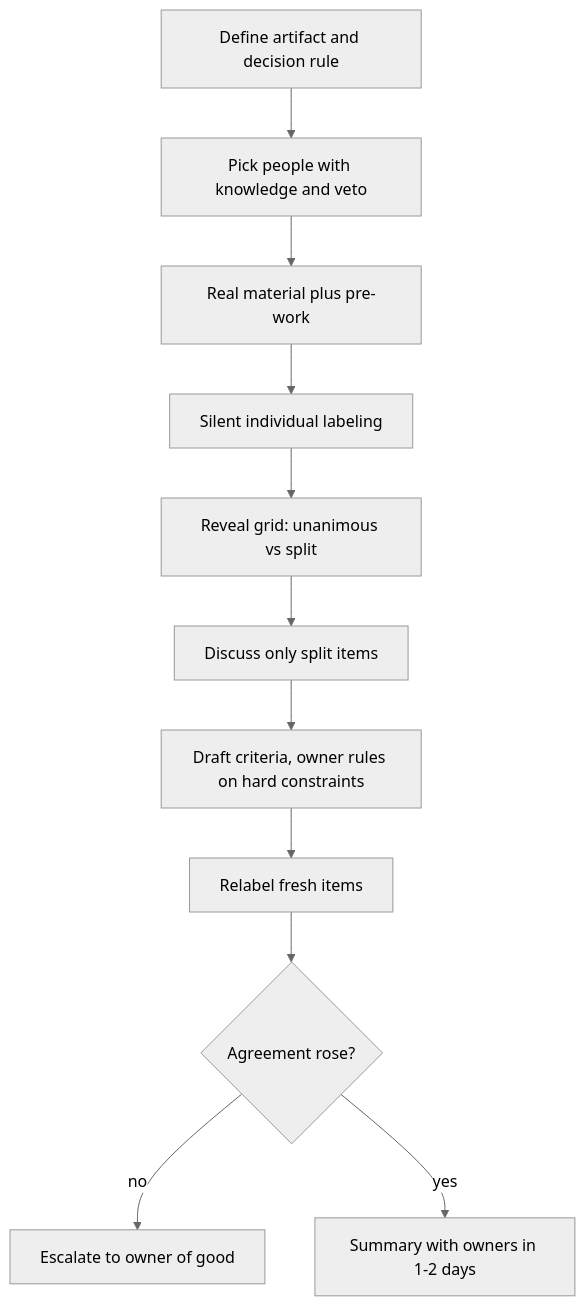
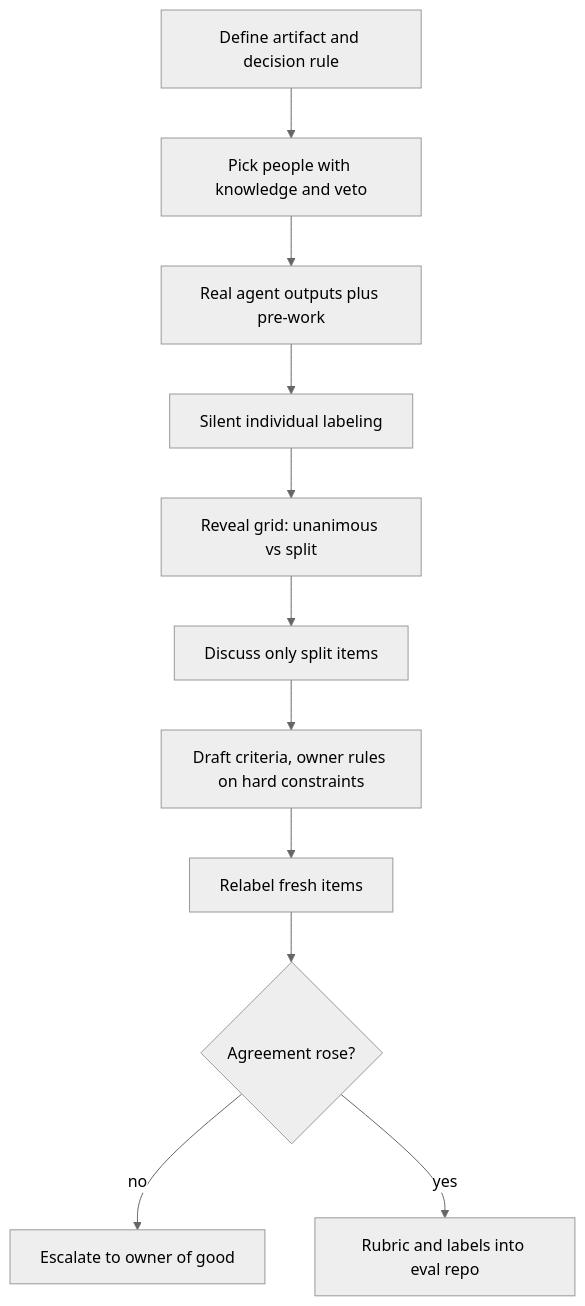
One commit to lovishmahajan97/agentic-learning changed the diagram in content/adoption/workshops.md. Above: the diagram before and after it, drawn with Mermaid (neutral theme). The commit also changed other lines of this file and 454 other files, not shown here.

````diff
--- a/content/adoption/workshops.md
+++ b/content/adoption/workshops.md
@@ -124,13 +142,13 @@
 ```mermaid
 flowchart TD
     O["Define artifact and decision rule"] --> P["Pick people with knowledge and veto"]
-    P --> M["Real material plus pre-work"]
+    P --> M["Real agent outputs plus pre-work"]
     M --> S["Silent individual labeling"]
     S --> R["Reveal grid: unanimous vs split"]
     R --> D["Discuss only split items"]
     D --> C["Draft criteria, owner rules on hard constraints"]
     C --> L["Relabel fresh items"]
     L --> Q{"Agreement rose?"}
     Q -->|"no"| E["Escalate to owner of good"]
-    Q -->|"yes"| F["Summary with owners in 1-2 days"]
+    Q -->|"yes"| F["Rubric and labels into eval repo"]
 ```
````
